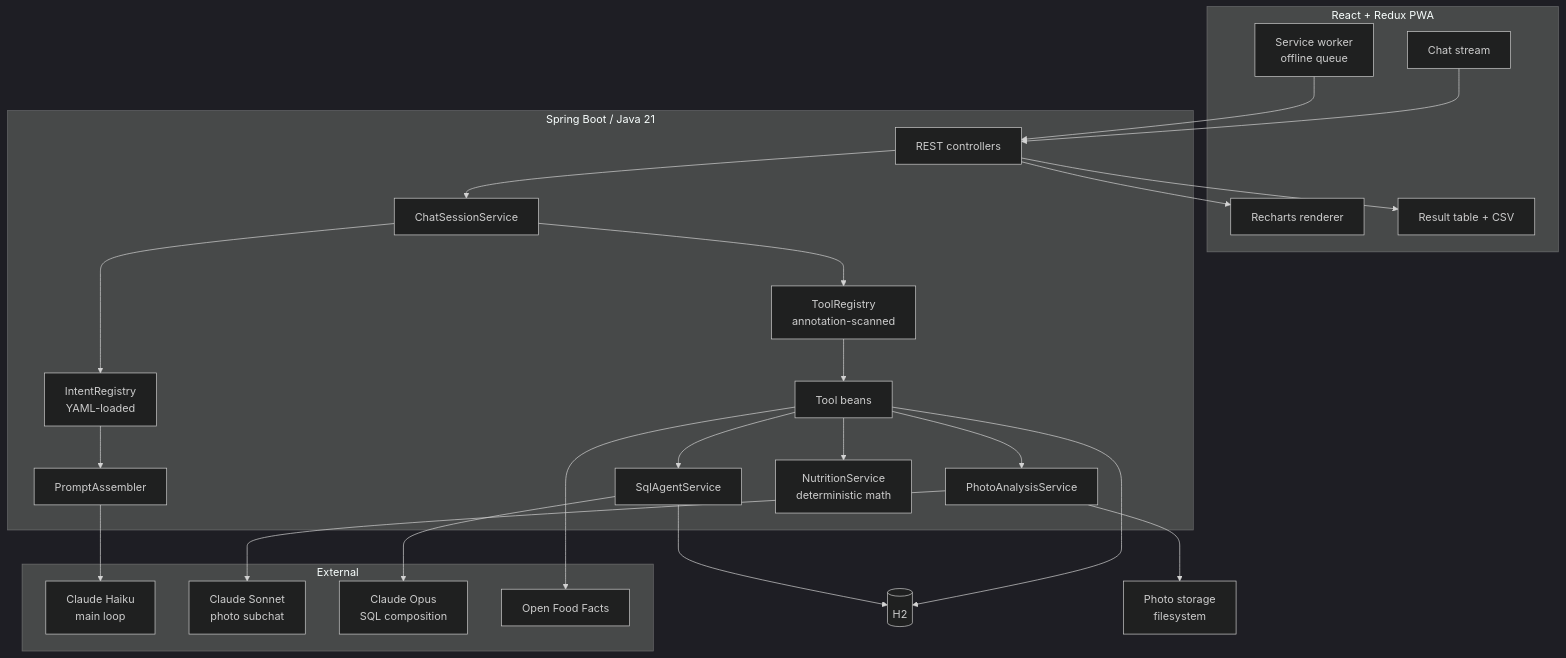
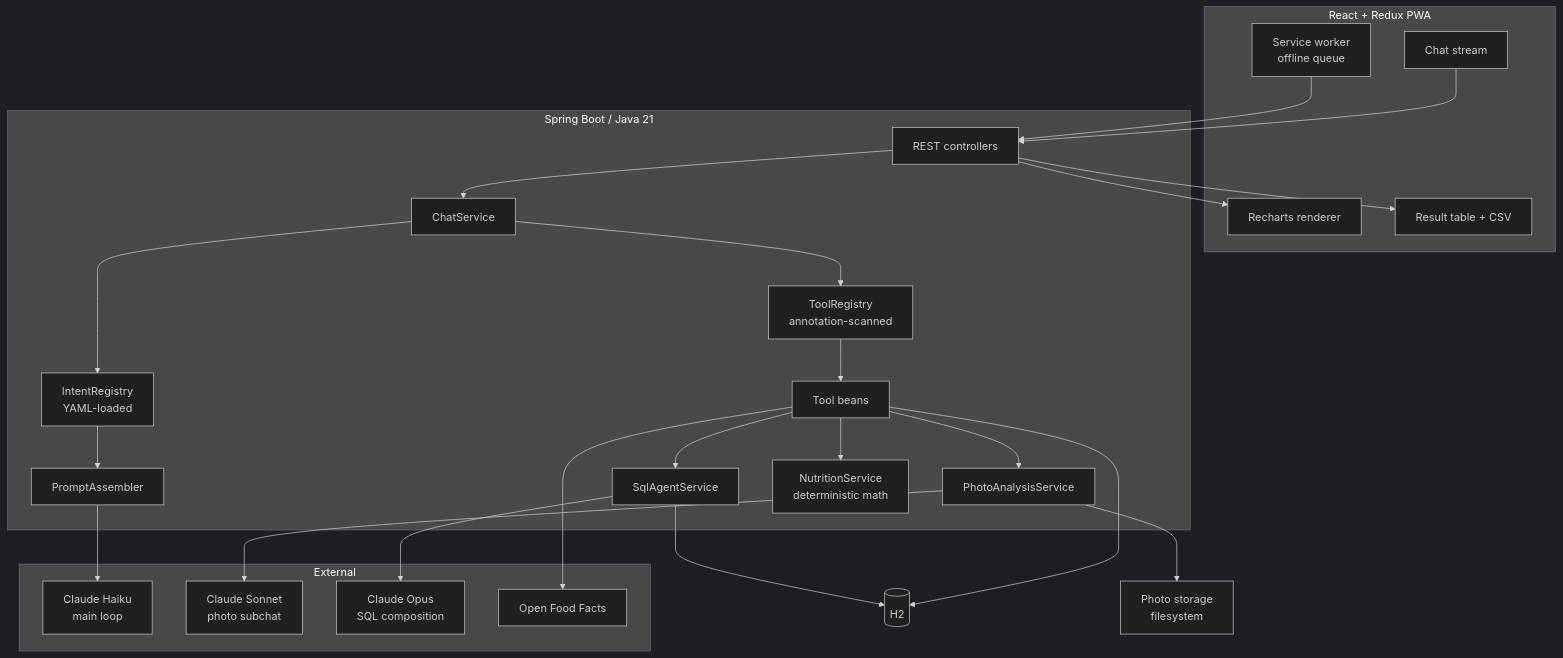
The first of 6 diagrams in SPEC.md (rodmxw11/chat-diet-open), drawn with Mermaid (dark theme) before and after one commit. The commit also changed other lines of this file and 2 other files, not shown here.

First line of the commit message:
Update spec and API docs for daily virtual sessions

````diff
--- a/SPEC.md
+++ b/SPEC.md
@@ -68,51 +68,51 @@
 ```mermaid
 graph TB
     subgraph Client["React + Redux PWA"]
         Chat[Chat stream]
         SW[Service worker<br/>offline queue]
         Charts[Recharts renderer]
         Tables[Result table + CSV]
     end
 
     subgraph Backend["Spring Boot / Java 21"]
         API[REST controllers]
-        CSS[ChatSessionService]
+        CS[ChatService]
         IR[IntentRegistry<br/>YAML-loaded]
         PA[PromptAssembler]
         TR[ToolRegistry<br/>annotation-scanned]
         Tools[Tool beans]
         Photo[PhotoAnalysisService]
         SQL[SqlAgentService]
         Nutri[NutritionService<br/>deterministic math]
     end
 
     subgraph External["External"]
         Haiku[Claude Haiku<br/>main loop]
         Sonnet[Claude Sonnet<br/>photo subchat]
         Opus[Claude Opus<br/>SQL composition]
         OFF[Open Food Facts]
     end
 
     DB[(H2)]
     FS[Photo storage<br/>filesystem]
 
     Chat --> API
     SW --> API
-    API --> CSS
-    CSS --> IR
+    API --> CS
+    CS --> IR
     IR --> PA
     PA --> Haiku
-    CSS --> TR
+    CS --> TR
     TR --> Tools
     Tools --> DB
     Tools --> Nutri
     Tools --> OFF
     Tools --> Photo
     Photo --> Sonnet
     Photo --> FS
     Tools --> SQL
     SQL --> Opus
     SQL --> DB
     API --> Charts
     API --> Tables
 ```
````
